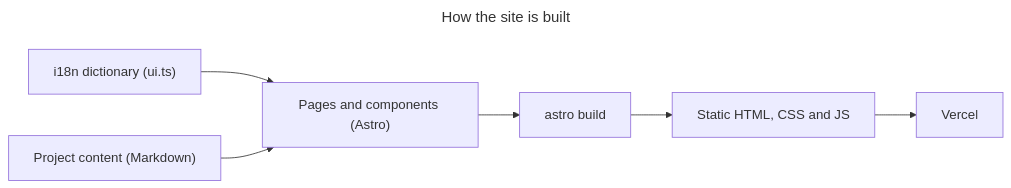
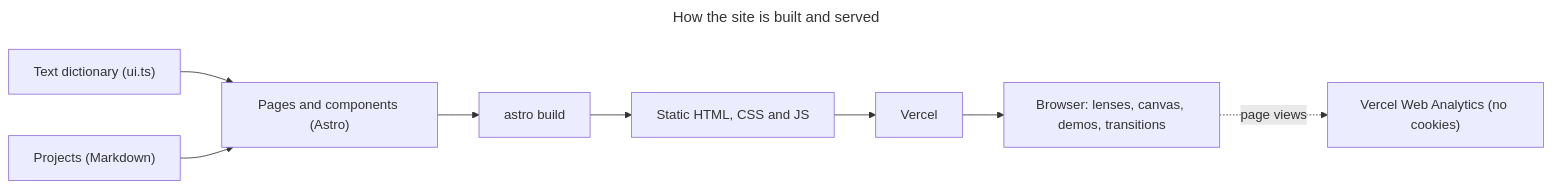
Before and after one commit to christianoller8/astro-portfolio: the diagram in README.md, drawn with Mermaid. The commit also changed other lines of this file and 13 other files, not shown here.

````diff
--- a/README.md
+++ b/README.md
@@ -44,15 +67,18 @@
 ```mermaid
 ---
-title: How the site is built
+title: How the site is built and served
 ---
 flowchart LR
-    copy["i18n dictionary (ui.ts)"]
-    content["Project content (Markdown)"]
+    copy["Text dictionary (ui.ts)"]
+    content["Projects (Markdown)"]
     pages["Pages and components (Astro)"]
     build["astro build"]
-    html["Static HTML, CSS and JS"]
-    cdn["Vercel"]
+    files["Static HTML, CSS and JS"]
+    vercel["Vercel"]
+    browser["Browser: lenses, canvas, demos, transitions"]
+    analytics["Vercel Web Analytics (no cookies)"]
     copy --> pages
     content --> pages
-    pages --> build --> html --> cdn
+    pages --> build --> files --> vercel --> browser
+    browser -.->|page views| analytics
 ```
````
